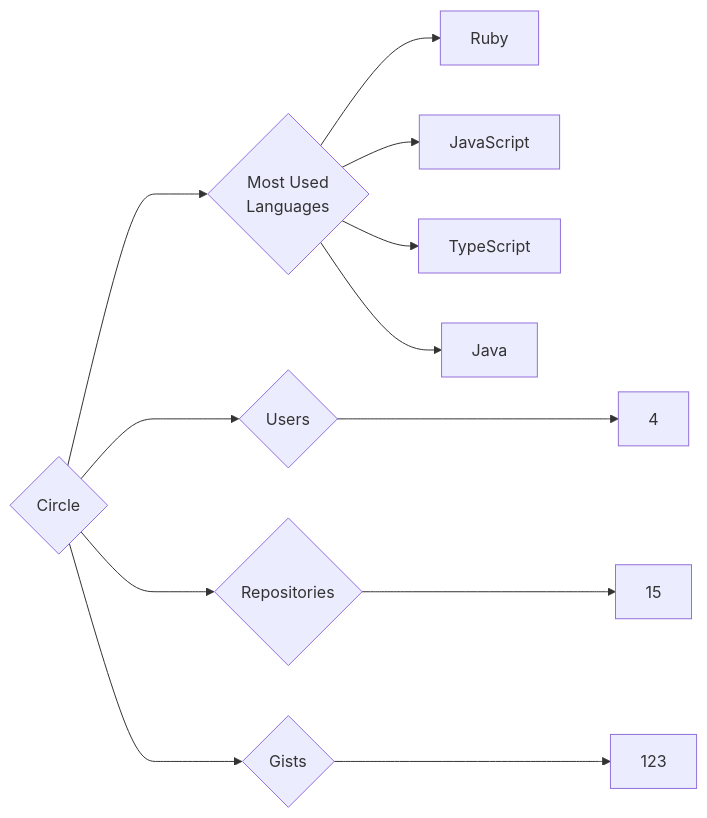
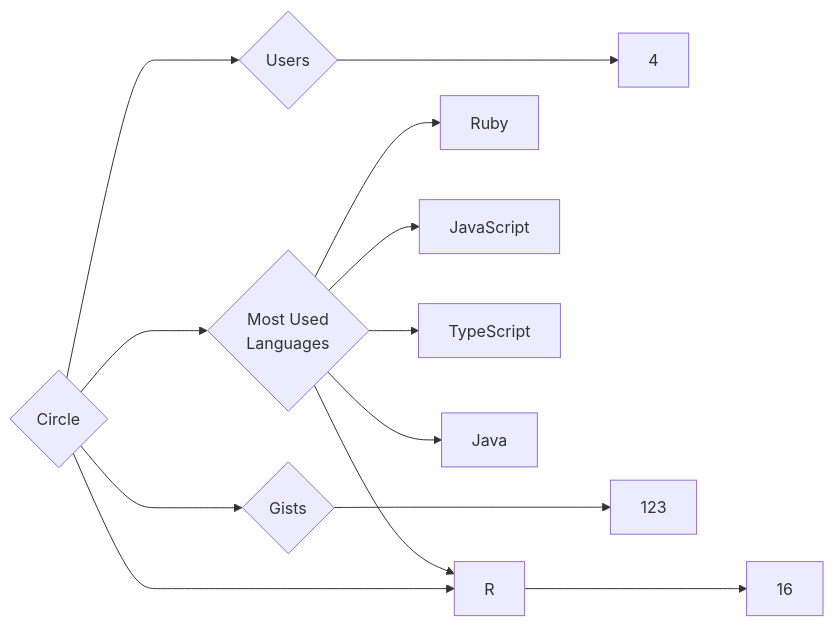
One commit to trickest/insiders changed the diagram in targets/Circle/README.md. Above: the diagram before and after it, drawn with Mermaid. The commit also changed 997 other files, not shown here.

````diff
--- a/targets/Circle/README.md
+++ b/targets/Circle/README.md
@@ -3,12 +3,13 @@
 ```mermaid
 graph LR
 COMPANY_NAME{Circle}
 COMPANY_NAME ---> U{Users} ---> UN[4]
-COMPANY_NAME ---> R{Repositories} ---> RN[15]
+COMPANY_NAME ---> R{Repositories} ---> RN[16]
 COMPANY_NAME ---> G{Gists} ---> GN[123]
 COMPANY_NAME ---> ML{Most Used<br>Languages}
 ML --> Ruby[Ruby]
 ML --> JavaScript[JavaScript]
+ML --> R[R]
 ML --> TypeScript[TypeScript]
 ML --> Java[Java]
 ```
````
